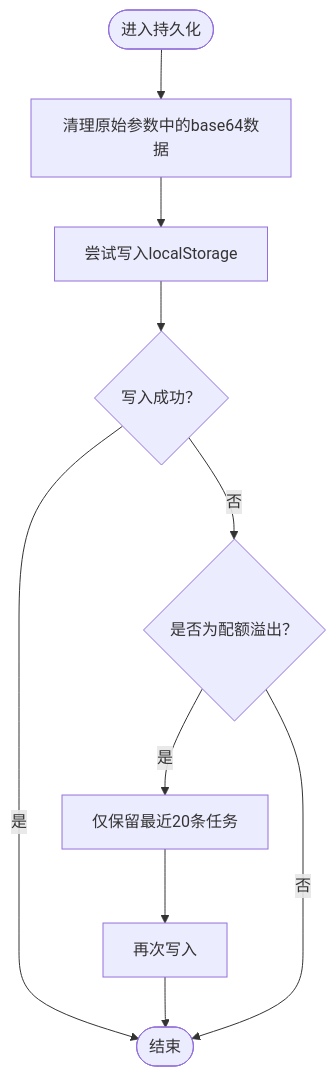
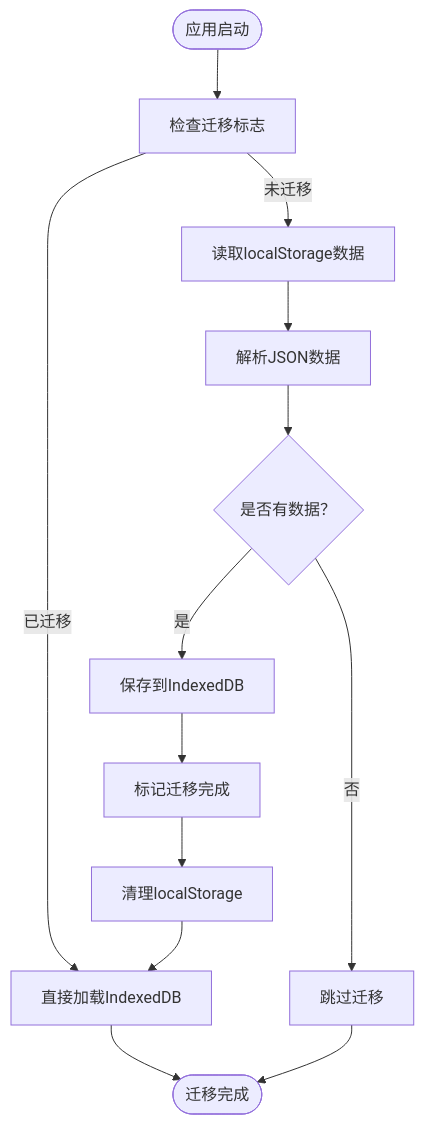
One commit to alex0001yyy/wan-app changed the third of 4 diagrams in .qoder/repowiki/zh/content/架构设计/数据流设计/数据持久化.md. Above: the diagram before and after it, drawn with Mermaid. The commit also changed other lines of this file and 35 other files, not shown here.

````diff
--- a/.qoder/repowiki/zh/content/架构设计/数据流设计/数据持久化.md
+++ b/.qoder/repowiki/zh/content/架构设计/数据流设计/数据持久化.md
@@ -108,12 +156,15 @@
 ```mermaid
 flowchart TD
-Start(["进入持久化"]) --> Clean["清理原始参数中的base64数据"]
-Clean --> TryWrite["尝试写入localStorage"]
-TryWrite --> WriteOk{"写入成功？"}
-WriteOk --> |是| End(["结束"])
-WriteOk --> |否| CheckErr{"是否为配额溢出？"}
-CheckErr --> |是| Trim["仅保留最近20条任务"]
-Trim --> TryWrite2["再次写入"]
-TryWrite2 --> End
-CheckErr --> |否| End
+Start(["应用启动"]) --> CheckMig["检查迁移标志"]
+CheckMig --> |已迁移| LoadDB["直接加载IndexedDB"]
+CheckMig --> |未迁移| ReadLocal["读取localStorage数据"]
+ReadLocal --> ParseData["解析JSON数据"]
+ParseData --> HasData{"是否有数据？"}
+HasData --> |是| SaveDB["保存到IndexedDB"]
+HasData --> |否| SkipMig["跳过迁移"]
+SaveDB --> MarkMig["标记迁移完成"]
+MarkMig --> CleanLocal["清理localStorage"]
+CleanLocal --> LoadDB
+LoadDB --> End(["迁移完成"])
+SkipMig --> End
 ```
````
